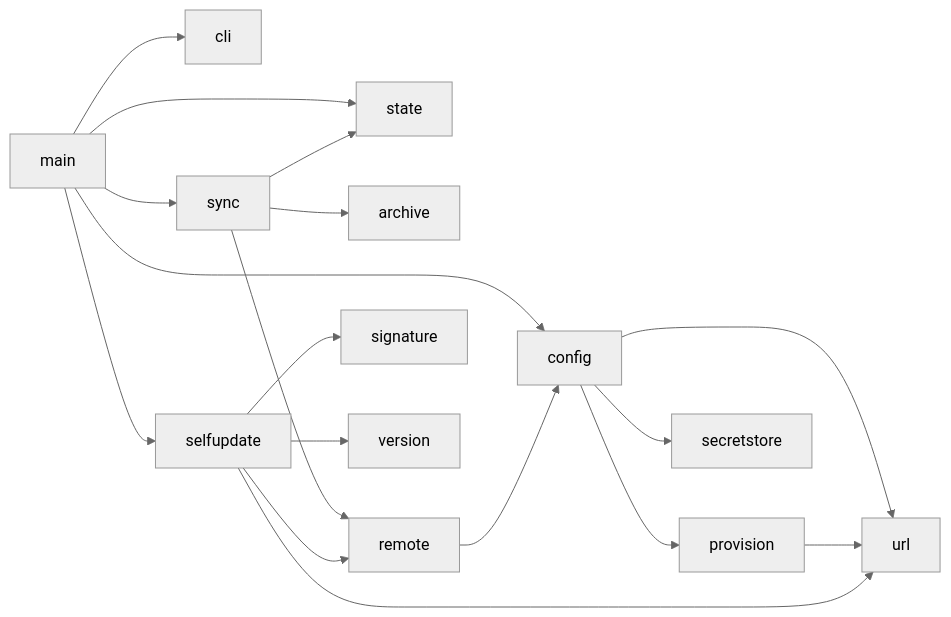
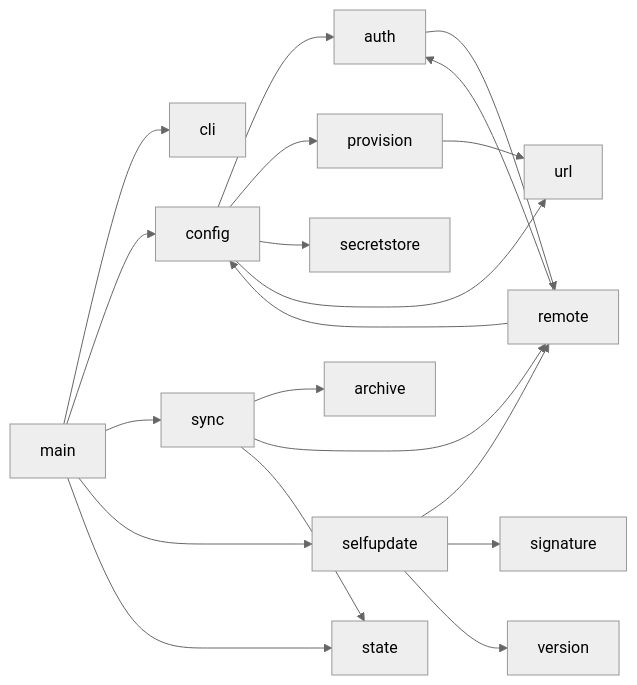
Before and after one commit to damac-italia/brainmaker: the diagram in docs/ARCHITECTURE.md, drawn with Mermaid (neutral theme). The commit also changed other lines of this file and 15 other files, not shown here.

````diff
--- a/docs/ARCHITECTURE.md
+++ b/docs/ARCHITECTURE.md
@@ -30,20 +31,22 @@
 ```mermaid
 graph LR
     main --> cli
     main --> config
     main --> sync
     main --> selfupdate
     main --> state
+    config --> auth
     config --> provision
     config --> secretstore
     config --> url
     provision --> url
+    auth --> remote
     sync --> archive
     sync --> remote
     sync --> state
     selfupdate --> remote
     selfupdate --> signature
-    selfupdate --> url
     selfupdate --> version
     remote --> config
+    remote --> auth
 ```
````
